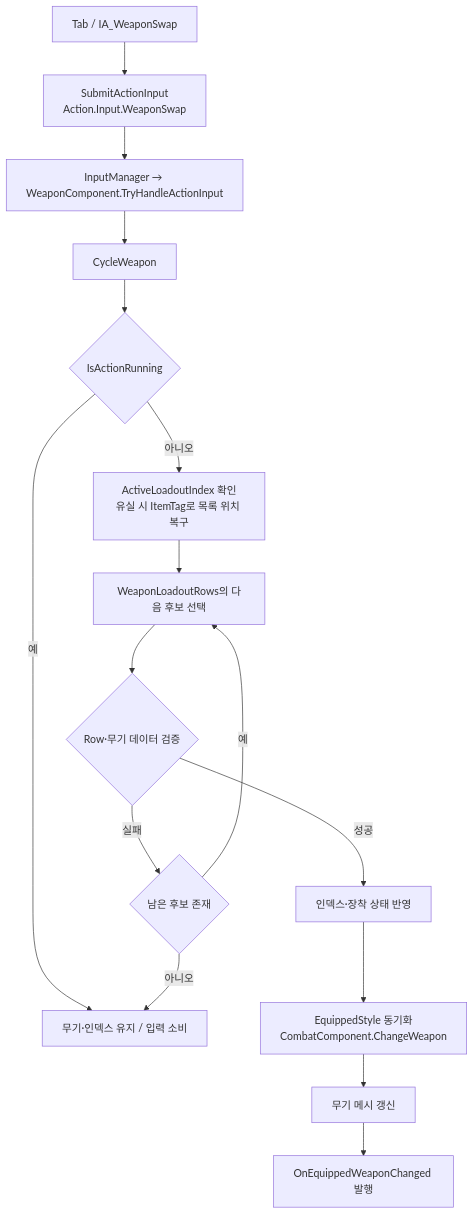
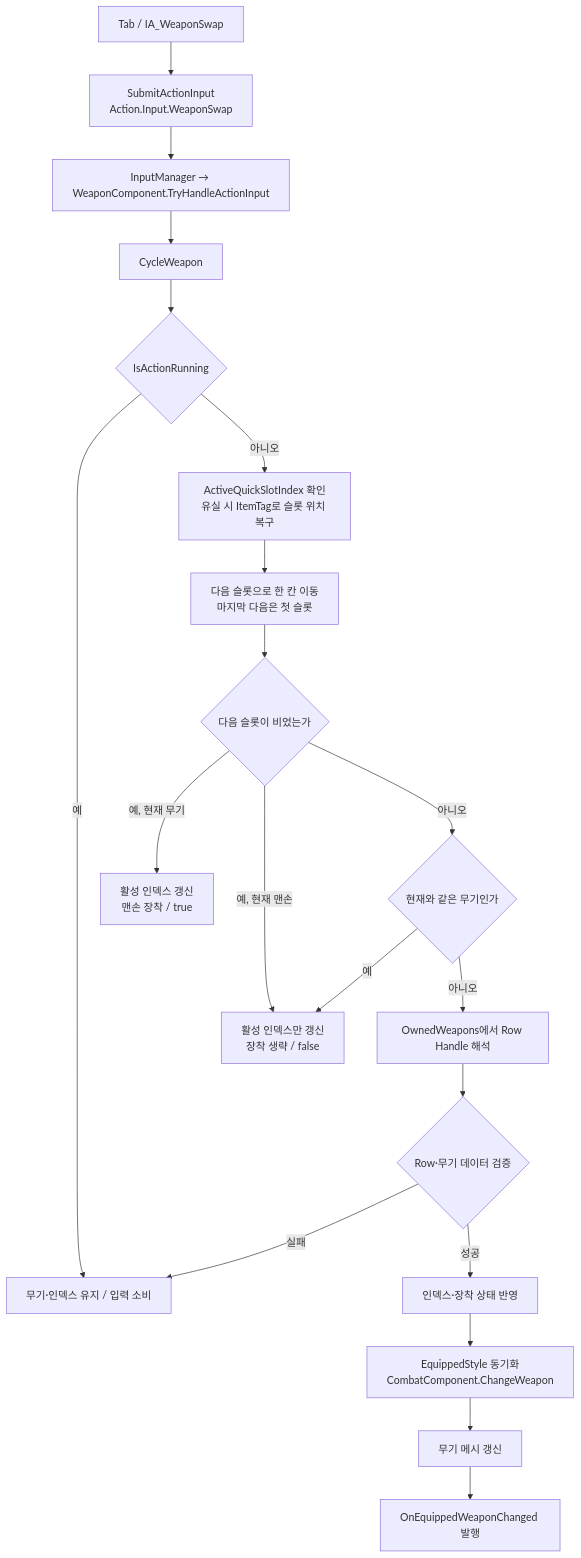
One commit to DreamersStudio3/Maverick changed the diagram in docs/wiki/Features/Combat/Weapon-Swap/document.md. Above: the diagram before and after it, drawn with Mermaid. The commit also changed other lines of this file and 2 other files, not shown here.

````diff
--- a/docs/wiki/Features/Combat/Weapon-Swap/document.md
+++ b/docs/wiki/Features/Combat/Weapon-Swap/document.md
@@ -44,18 +90,22 @@
 ```mermaid
 flowchart TD
     Tab["Tab / IA_WeaponSwap"] --> Submit["SubmitActionInput<br/>Action.Input.WeaponSwap"]
     Submit --> Manager["InputManager → WeaponComponent.TryHandleActionInput"]
     Manager --> Cycle["CycleWeapon"]
     Cycle --> Running{"IsActionRunning"}
     Running -->|예| Keep["무기·인덱스 유지 / 입력 소비"]
-    Running -->|아니오| Index["ActiveLoadoutIndex 확인<br/>유실 시 ItemTag로 목록 위치 복구"]
-    Index --> Candidate["WeaponLoadoutRows의 다음 후보 선택"]
-    Candidate --> Validate{"Row·무기 데이터 검증"}
-    Validate -->|실패| Remaining{"남은 후보 존재"}
-    Remaining -->|예| Candidate
-    Remaining -->|아니오| Keep
+    Running -->|아니오| Index["ActiveQuickSlotIndex 확인<br/>유실 시 ItemTag로 슬롯 위치 복구"]
+    Index --> Next["다음 슬롯으로 한 칸 이동<br/>마지막 다음은 첫 슬롯"]
+    Next --> Empty{"다음 슬롯이 비었는가"}
+    Empty -->|예, 현재 무기| BareHand["활성 인덱스 갱신<br/>맨손 장착 / true"]
+    Empty -->|예, 현재 맨손| IndexOnly["활성 인덱스만 갱신<br/>장착 생략 / false"]
+    Empty -->|아니오| Same{"현재와 같은 무기인가"}
+    Same -->|예| IndexOnly
+    Same -->|아니오| Resolve["OwnedWeapons에서 Row Handle 해석"]
+    Resolve --> Validate{"Row·무기 데이터 검증"}
+    Validate -->|실패| Keep
     Validate -->|성공| Apply["인덱스·장착 상태 반영"]
     Apply --> Style["EquippedStyle 동기화<br/>CombatComponent.ChangeWeapon"]
     Style --> Visual["무기 메시 갱신"]
     Visual --> Event["OnEquippedWeaponChanged 발행"]
 ```
````
